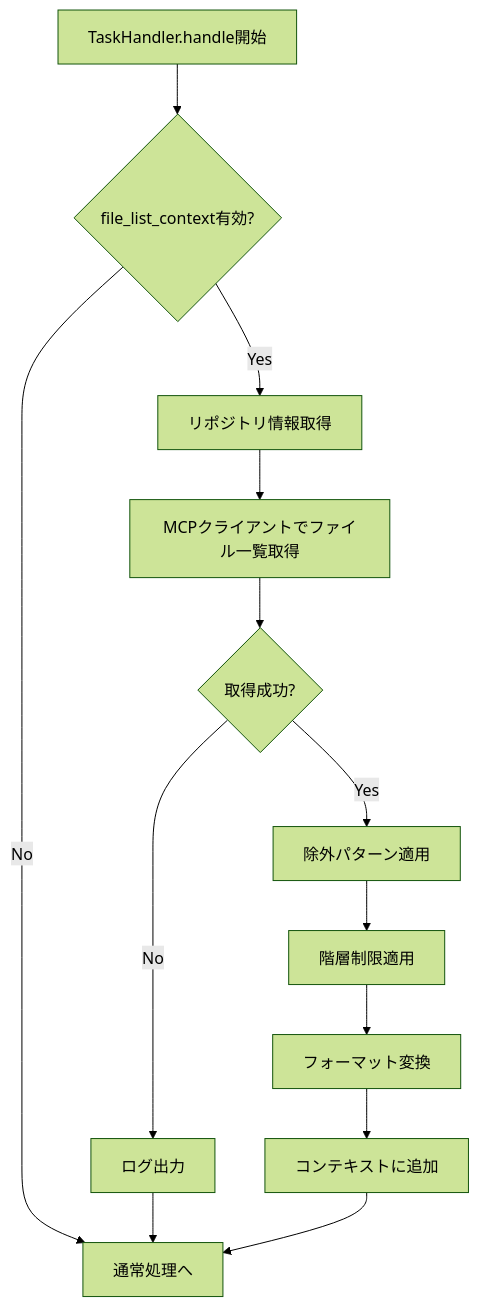
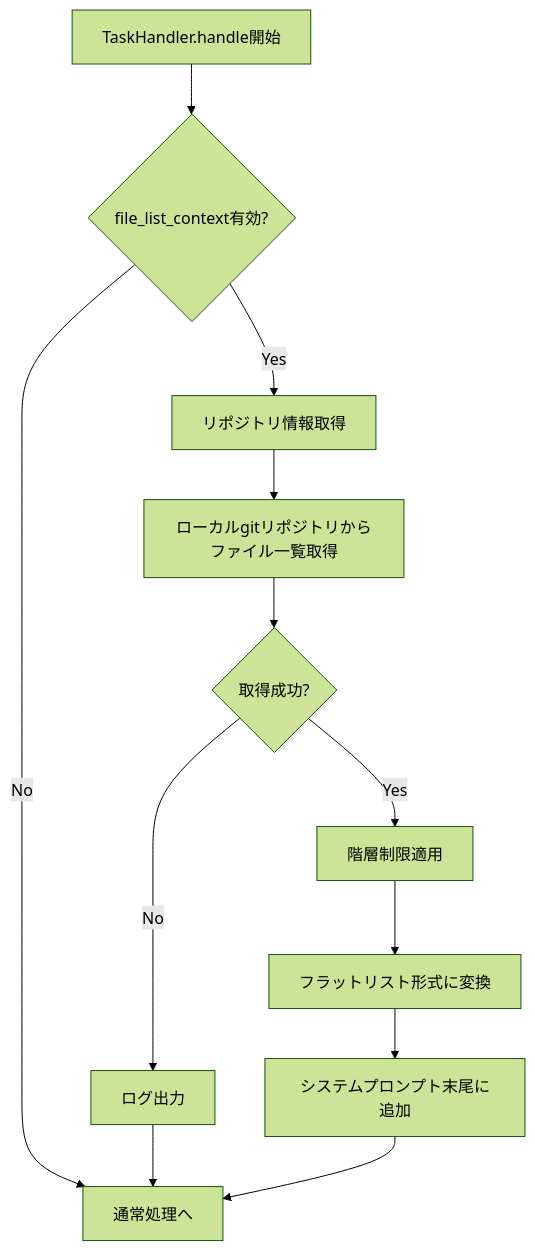
The first of 2 diagrams in docs/spec/PROJECT_FILE_LIST_CONTEXT_SPECIFICATION.md (notfolder/coding_agent), drawn with Mermaid (forest theme) before and after one commit. The commit also changed other lines of this file and 1 other file, not shown here.

````diff
--- a/docs/spec/PROJECT_FILE_LIST_CONTEXT_SPECIFICATION.md
+++ b/docs/spec/PROJECT_FILE_LIST_CONTEXT_SPECIFICATION.md
@@ -53,15 +49,14 @@
 ```mermaid
 flowchart TD
     A[TaskHandler.handle開始] --> B{file_list_context有効?}
     B -->|No| C[通常処理へ]
     B -->|Yes| D[リポジトリ情報取得]
-    D --> E[MCPクライアントでファイル一覧取得]
+    D --> E[ローカルgitリポジトリからファイル一覧取得]
     E --> F{取得成功?}
-    F -->|Yes| G[除外パターン適用]
+    F -->|Yes| G[階層制限適用]
     F -->|No| H[ログ出力]
     H --> C
-    G --> I[階層制限適用]
-    I --> J[フォーマット変換]
-    J --> K[コンテキストに追加]
-    K --> C
+    G --> I[フラットリスト形式に変換]
+    I --> J[システムプロンプト末尾に追加]
+    J --> C
 ```
````
